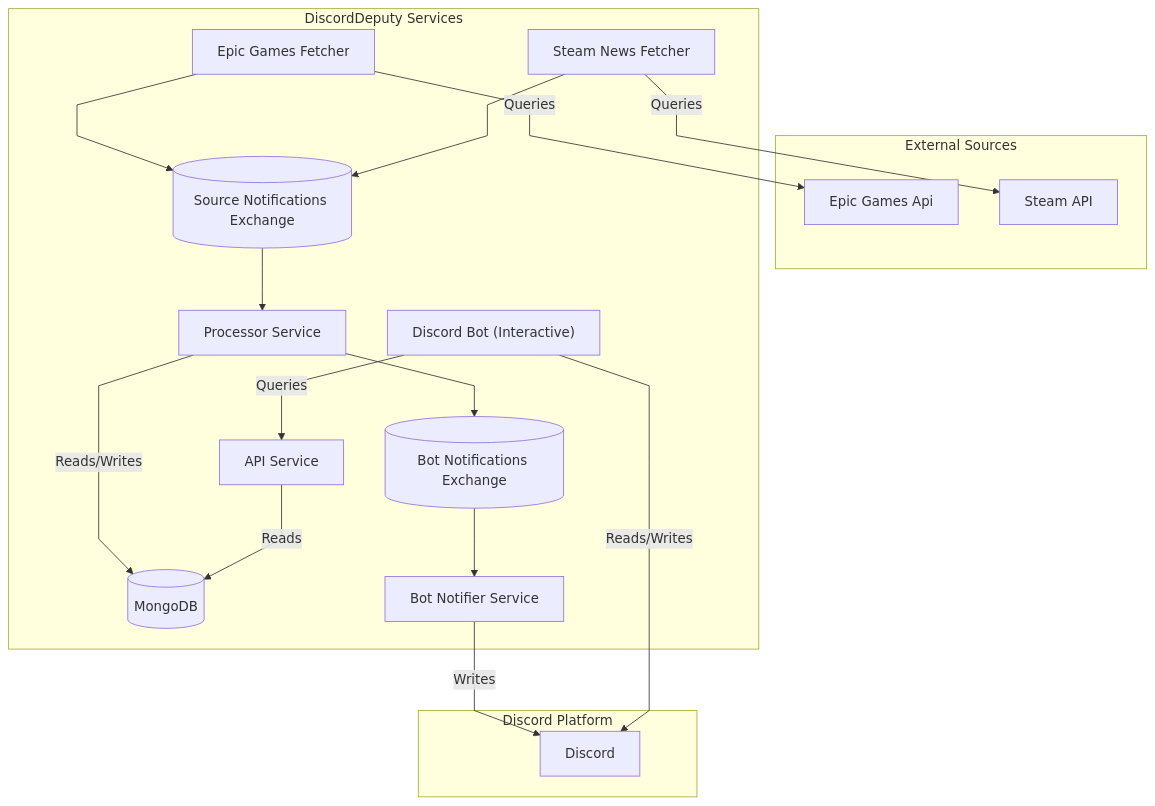
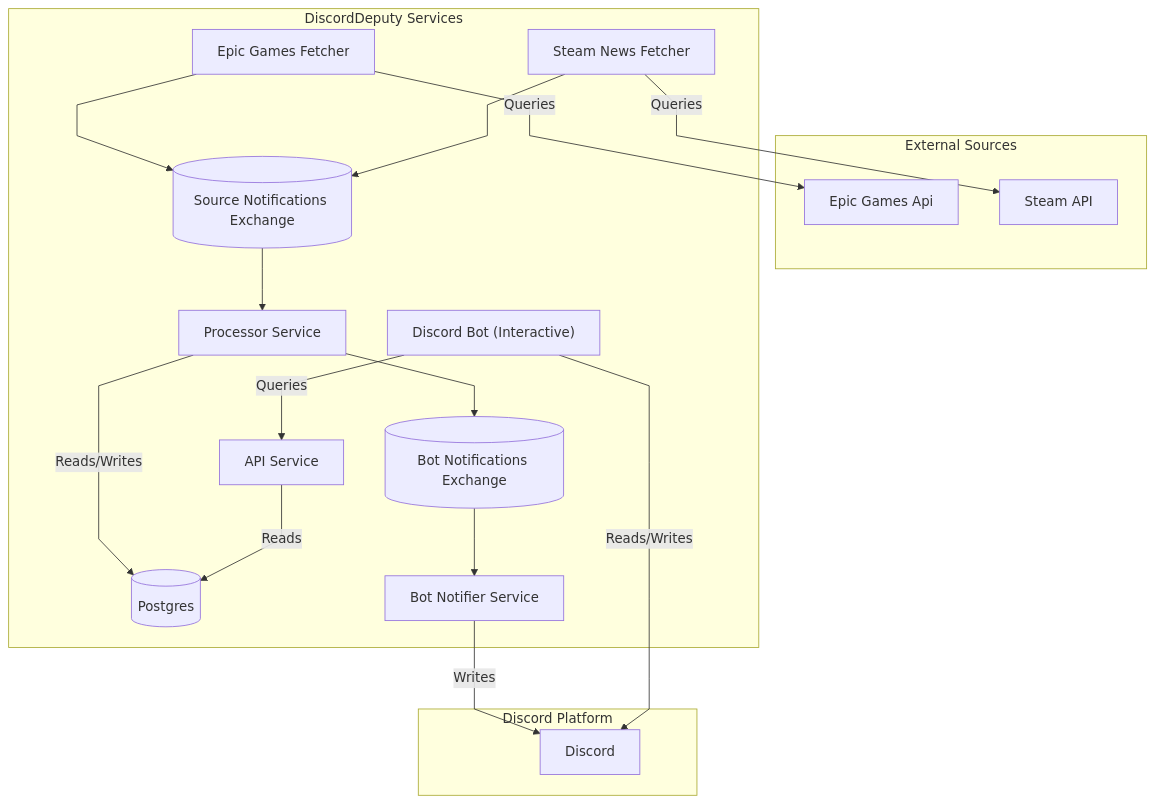
The diagram in README.md (Freberg/discorddeputy), drawn with Mermaid before and after one commit. The commit also changed other lines of this file and 20 other files, not shown here.

````diff
--- a/README.md
+++ b/README.md
@@ -34,33 +34,33 @@
 ```mermaid
 %%{ init : { "flowchart" : { "curve" : "linear" }}}%%
 graph TD
     subgraph "Discord Platform"
         Discord
     end
 
     subgraph "External Sources"
         EpicGamesApi[Epic Games Api]
         SteamApi[Steam API]
     end
 
     subgraph "DiscordDeputy Services"
         SourceExchange[(Source Notifications Exchange)]
         BotExchange[(Bot Notifications Exchange)]
-        MongoDB[(MongoDB)]
+        Postgres[(Postgres)]
         EpicFetcher[Epic Games Fetcher]
         SteamFetcher[Steam News Fetcher]
         EpicFetcher -- Queries --> EpicGamesApi
         SteamFetcher -- Queries --> SteamApi
         EpicFetcher --> SourceExchange
         SteamFetcher --> SourceExchange
         SourceExchange --> Processor[Processor Service]
         Processor --> BotExchange
-        Processor -- Reads/Writes --> MongoDB
+        Processor -- Reads/Writes --> Postgres
         BotExchange --> BotNotifier[Bot Notifier Service]
         BotNotifier -- Writes --> Discord
         DiscordBot["Discord Bot (Interactive)"] -- Reads/Writes --> Discord
         ApiService[API Service]
-        ApiService -- Reads --> MongoDB
+        ApiService -- Reads --> Postgres
         DiscordBot["Discord Bot (Interactive)"] -- Queries --> ApiService
     end
 ```
````
